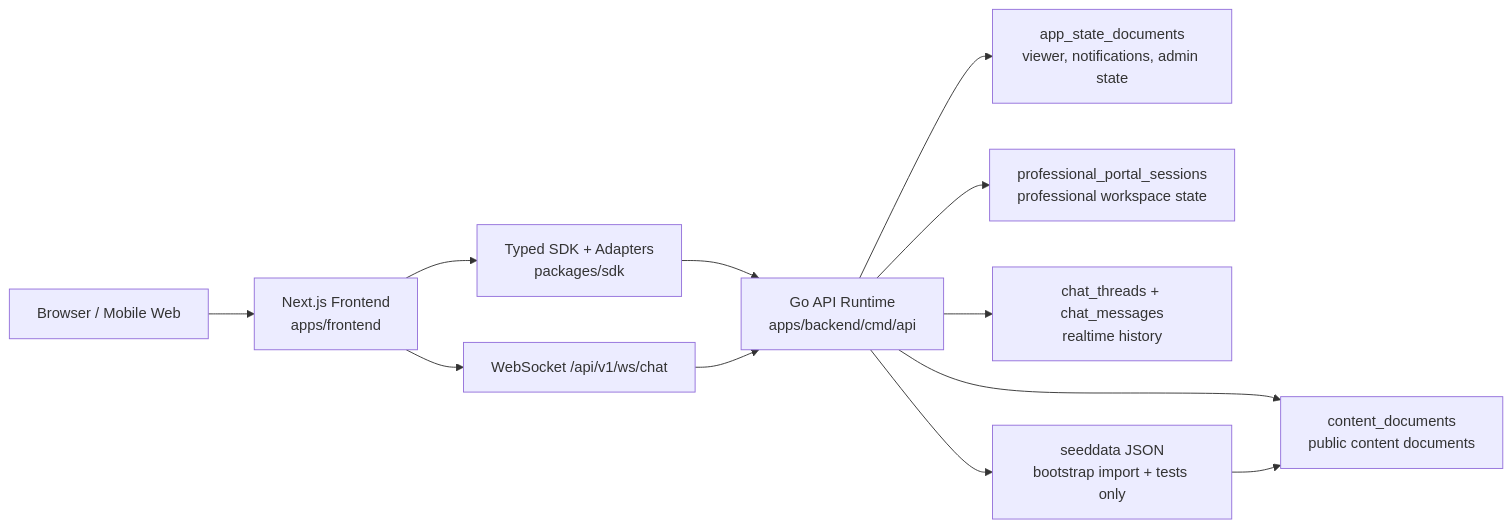
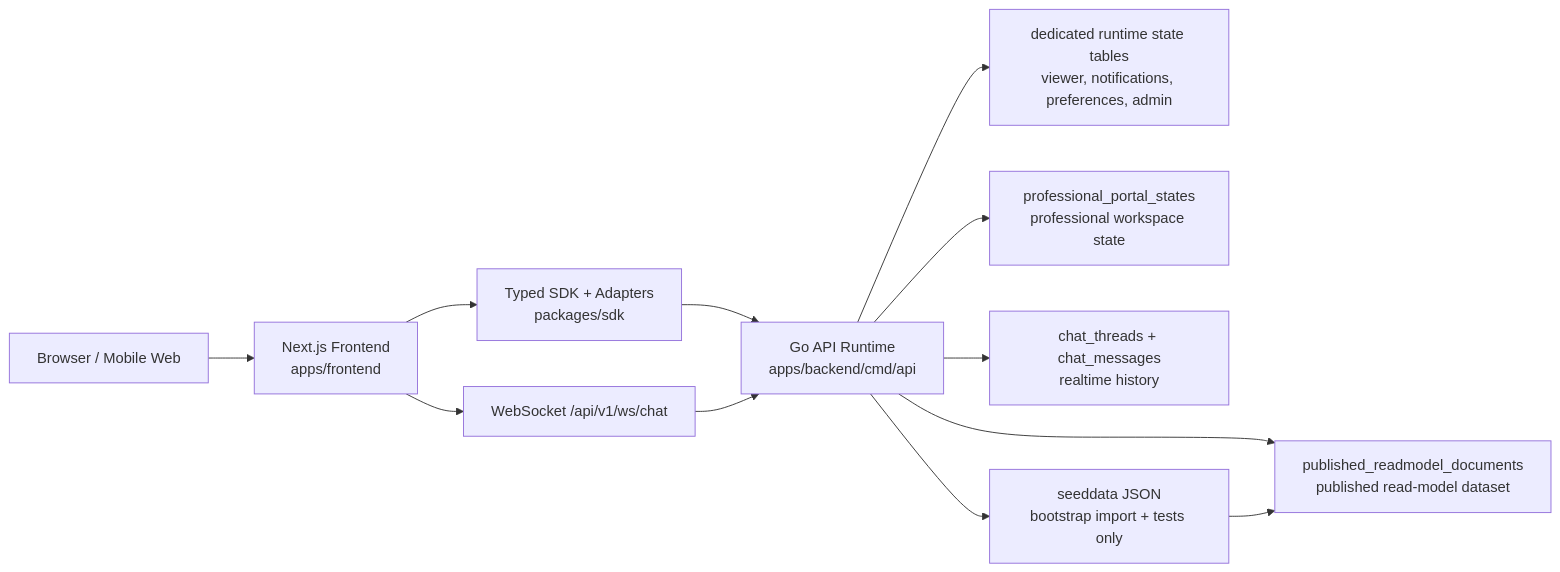
One commit to adyfk/bidanapp changed the first of 12 diagrams in docs/system-flow-diagrams.md. Above: the diagram before and after it, drawn with Mermaid. The commit also changed other lines of this file and 164 other files, not shown here.

````diff
--- a/docs/system-flow-diagrams.md
+++ b/docs/system-flow-diagrams.md
@@ -25,14 +25,14 @@
 ```mermaid
 flowchart LR
   browser["Browser / Mobile Web"] --> frontend["Next.js Frontend<br/>apps/frontend"]
   frontend --> sdk["Typed SDK + Adapters<br/>packages/sdk"]
   sdk --> api["Go API Runtime<br/>apps/backend/cmd/api"]
   frontend --> ws["WebSocket /api/v1/ws/chat"]
   ws --> api
-  api --> content["content_documents<br/>public content documents"]
-  api --> appstate["app_state_documents<br/>viewer, notifications, admin state"]
-  api --> portal["professional_portal_sessions<br/>professional workspace state"]
+  api --> content["published_readmodel_documents<br/>published read-model dataset"]
+  api --> appstate["dedicated runtime state tables<br/>viewer, notifications, preferences, admin"]
+  api --> portal["professional_portal_states<br/>professional workspace state"]
   api --> chat["chat_threads + chat_messages<br/>realtime history"]
   api --> seed["seeddata JSON<br/>bootstrap import + tests only"]
   seed --> content
 ```
````
